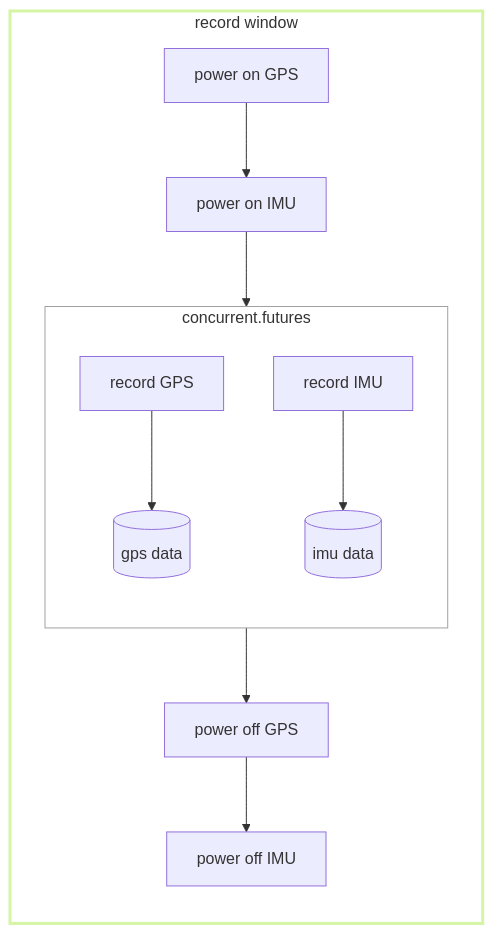
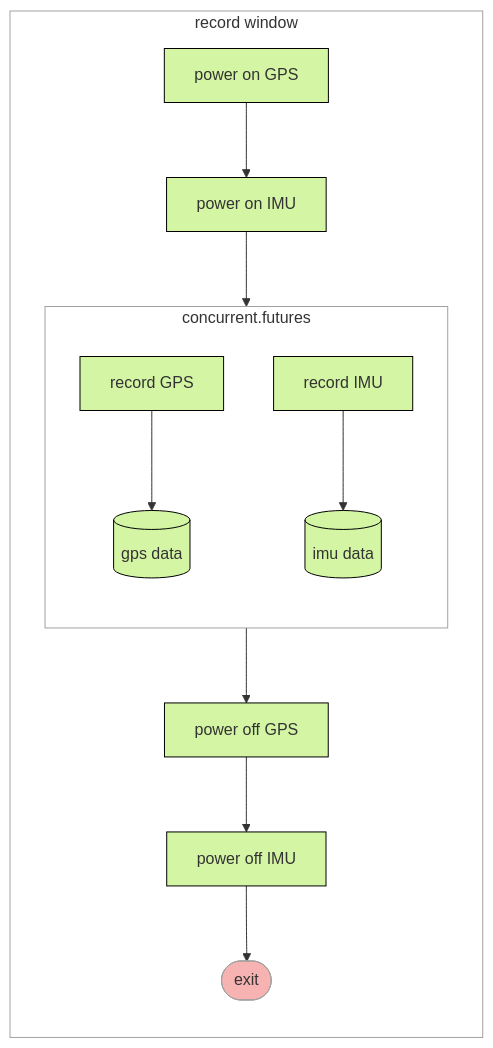
Before and after one commit to SASlabgroup/microSWIFT: the fifth of 7 diagrams in doc/Design.md, drawn with Mermaid. The commit also changed other lines of this file, not shown here.

Commit message:
finishes all flows

````diff
--- a/doc/Design.md
+++ b/doc/Design.md
@@ -160,19 +162,22 @@
 ```mermaid
 flowchart TB
     subgraph record_window["record window"]
         direction TB
         gps_on["power on GPS"] --> imu_on["power on IMU"] --> futures
         subgraph futures["concurrent.futures"]
             direction TB
             record_gps["record GPS"]-->gps_data[(gps data)]
             record_imu["record IMU"]-->imu_data[(imu data)]
         end
-        futures --> gps_off["power off GPS"] --> imu_off["power off IMU"]
+        futures --> gps_off["power off GPS"] --> imu_off["power off IMU"] --> exit([exit])
     end
 
-    classDef green fill:#FFFFFF,stroke:#d4f5a4,stroke-width:3px
+    classDef green fill:#d4f5a4,stroke:#000000,stroke-width:1px
     classDef grey fill:#FFFFFF,stroke:#a3a0a0, stroke-width:1px
-    class record_window green
-    class futures grey
+    classDef red fill:#f7b2b2, stroke:#a3a0a0, stroke-width:1px
+
+    class gps_on,imu_on,record_gps,record_imu,gps_data,imu_data,gps_off,imu_off green
+    class record_window,futures grey
+    class exit, red
 
 ```
````
